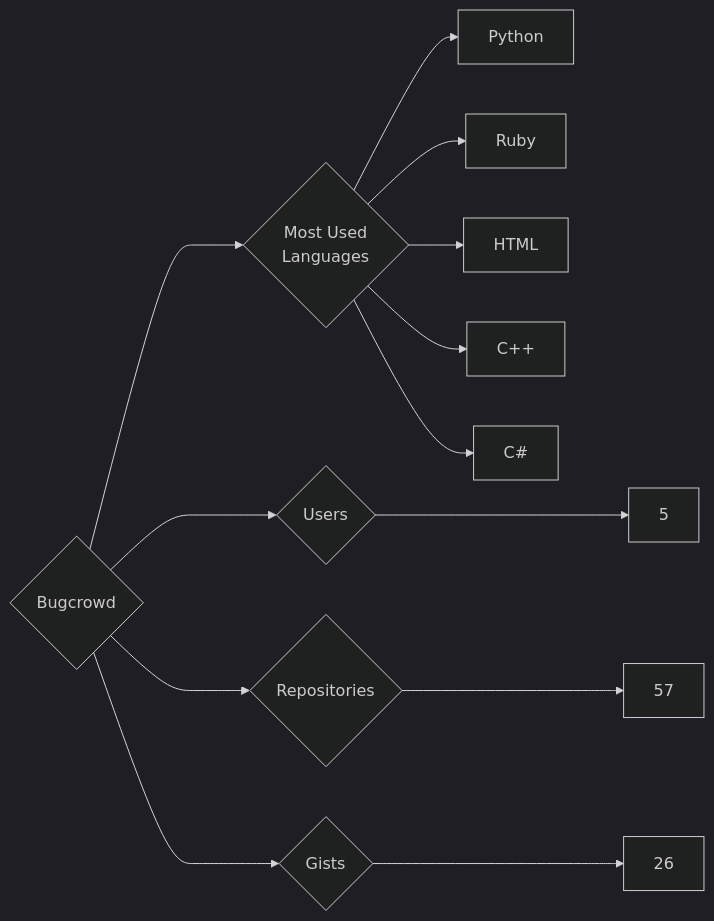
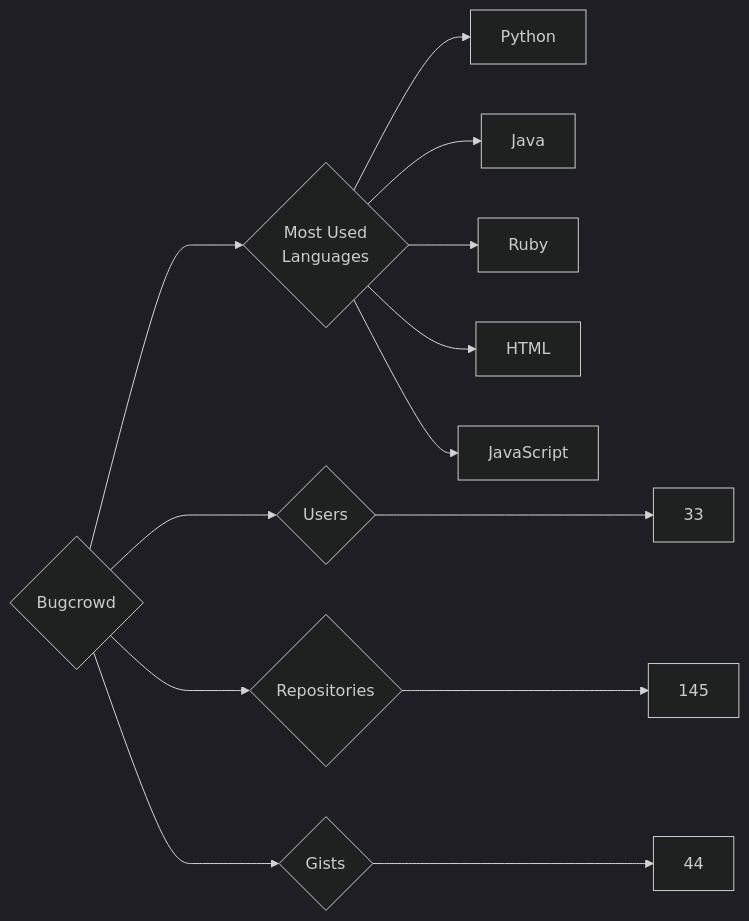
Before and after one commit to trickest/insiders: the diagram in targets/Bugcrowd/README.md, drawn with Mermaid (dark theme). The commit also changed 720 other files, not shown here.

````diff
--- a/targets/Bugcrowd/README.md
+++ b/targets/Bugcrowd/README.md
@@ -3,13 +3,13 @@
 ```mermaid
 graph LR
 COMPANY_NAME{Bugcrowd}
-COMPANY_NAME ---> U{Users} ---> UN[5]
-COMPANY_NAME ---> R{Repositories} ---> RN[57]
-COMPANY_NAME ---> G{Gists} ---> GN[26]
+COMPANY_NAME ---> U{Users} ---> UN[33]
+COMPANY_NAME ---> R{Repositories} ---> RN[145]
+COMPANY_NAME ---> G{Gists} ---> GN[44]
 COMPANY_NAME ---> ML{Most Used<br>Languages}
 ML --> Python[Python]
+ML --> Java[Java]
 ML --> Ruby[Ruby]
 ML --> HTML[HTML]
-ML --> C++[C++]
-ML --> C#[C#]
+ML --> JavaScript[JavaScript]
 ```
````
